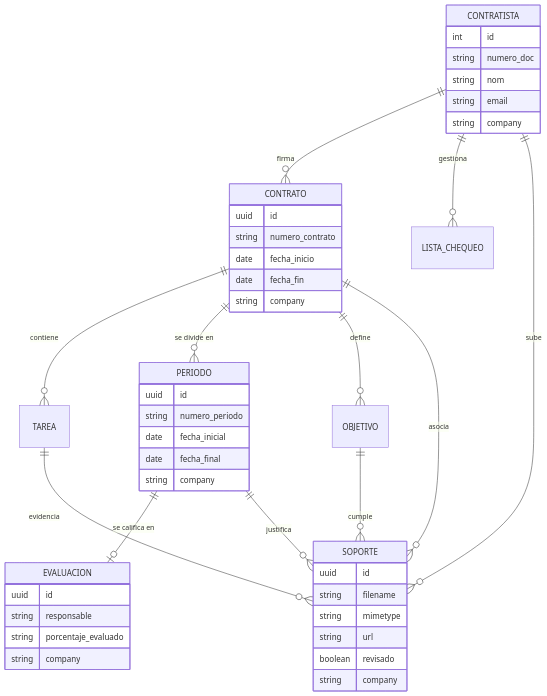
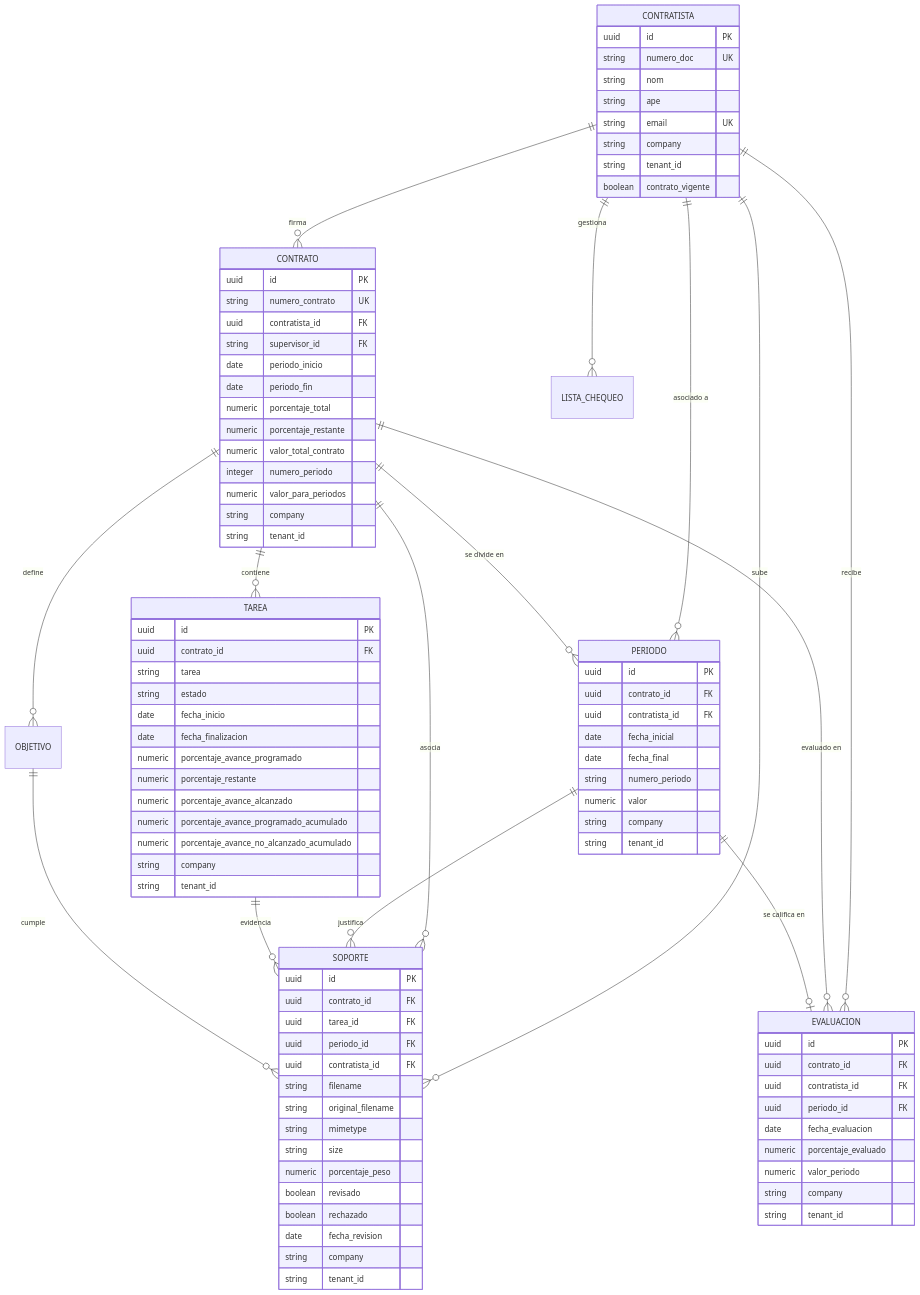
The first of 2 diagrams in ARCHITECTURE.md (DesarrolloSiellano/contratos-backend-bpo), drawn with Mermaid before and after one commit. The commit also changed other lines of this file and 38 other files, not shown here.

````diff
--- a/ARCHITECTURE.md
+++ b/ARCHITECTURE.md
@@ -11,11 +19,14 @@
     CONTRATISTA ||--o{ CONTRATO : "firma"
     CONTRATISTA ||--o{ LISTA_CHEQUEO : "gestiona"
     CONTRATISTA ||--o{ SOPORTE : "sube"
+    CONTRATISTA ||--o{ EVALUACION : "recibe"
+    CONTRATISTA ||--o{ PERIODO : "asociado a"
     
     CONTRATO ||--o{ TAREA : "contiene"
     CONTRATO ||--o{ PERIODO : "se divide en"
     CONTRATO ||--o{ OBJETIVO : "define"
     CONTRATO ||--o{ SOPORTE : "asocia"
+    CONTRATO ||--o{ EVALUACION : "evaluado en"
     
     PERIODO ||--o| EVALUACION : "se califica en"
     PERIODO ||--o{ SOPORTE : "justifica"
@@ -24,38 +35,82 @@
     OBJETIVO ||--o{ SOPORTE : "cumple"
 
     CONTRATISTA {
-        int id
-        string numero_doc
+        uuid id PK
+        string numero_doc UK
         string nom
-        string email
+        string ape
+        string email UK
         string company
+        string tenant_id
+        boolean contrato_vigente
     }
     CONTRATO {
-        uuid id
-        string numero_contrato
-        date fecha_inicio
-        date fecha_fin
+        uuid id PK
+        string numero_contrato UK
+        uuid contratista_id FK
+        string supervisor_id FK
+        date periodo_inicio
+        date periodo_fin
+        numeric porcentaje_total
+        numeric porcentaje_restante
+        numeric valor_total_contrato
+        integer numero_periodo
+        numeric valor_para_periodos
         string company
+        string tenant_id
     }
     PERIODO {
-        uuid id
-        string numero_periodo
+        uuid id PK
+        uuid contrato_id FK
+        uuid contratista_id FK
         date fecha_inicial
         date fecha_final
+        string numero_periodo
+        numeric valor
         string company
+        string tenant_id
+    }
+    TAREA {
+        uuid id PK
+        uuid contrato_id FK
+        string tarea
+        string estado
+        date fecha_inicio
+        date fecha_finalizacion
+        numeric porcentaje_avance_programado
+        numeric porcentaje_restante
+        numeric porcentaje_avance_alcanzado
+        numeric porcentaje_avance_programado_acumulado
+        numeric porcentaje_avance_no_alcanzado_acumulado
+        string company
+        string tenant_id
+    }
+    SOPORTE {
+        uuid id PK
+        uuid contrato_id FK
+        uuid tarea_id FK
+        uuid periodo_id FK
+        uuid contratista_id FK
+        string filename
+        string original_filename
+        string mimetype
+        string size
+        numeric porcentaje_peso
+        boolean revisado
+        boolean rechazado
+        date fecha_revision
+        string company
+        string tenant_id
     }
     EVALUACION {
-        uuid id
-        string responsable
-        string porcentaje_evaluado
+        uuid id PK
+        uuid contrato_id FK
+        uuid contratista_id FK
+        uuid periodo_id FK
+        date fecha_evaluacion
+        numeric porcentaje_evaluado
+        numeric valor_periodo
         string company
-    }
-    SOPORTE {
-        uuid id
-        string filename
-        string mimetype
-        string url
-        boolean revisado
-        string company
+        string tenant_id
     }
 ```
````
